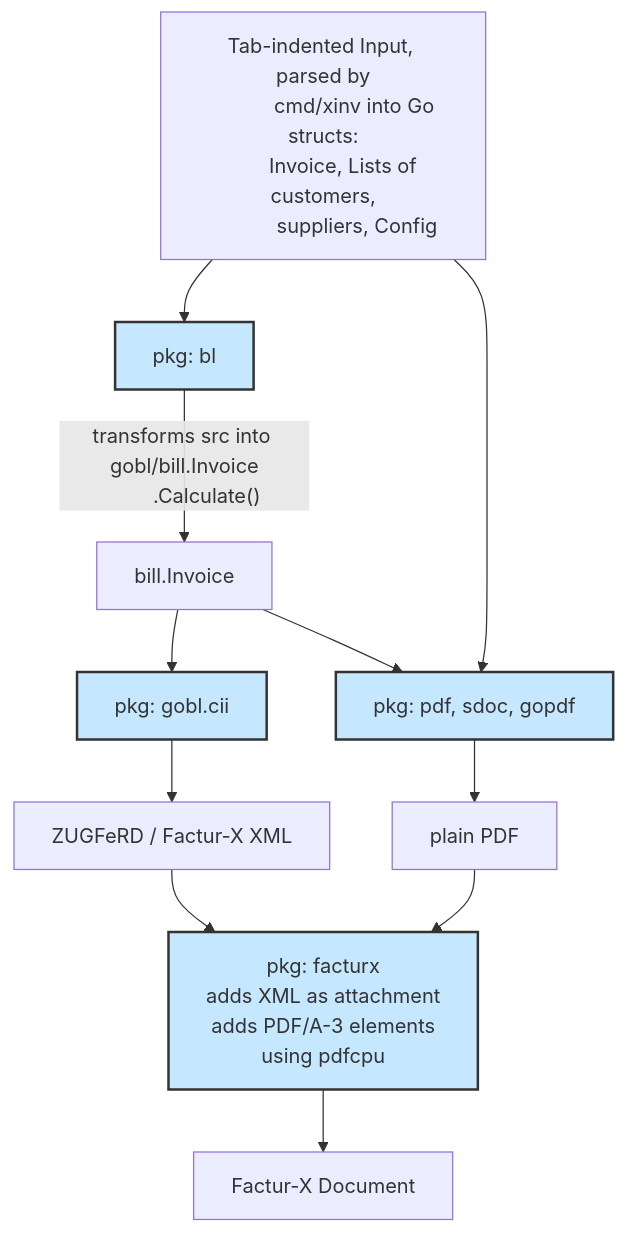
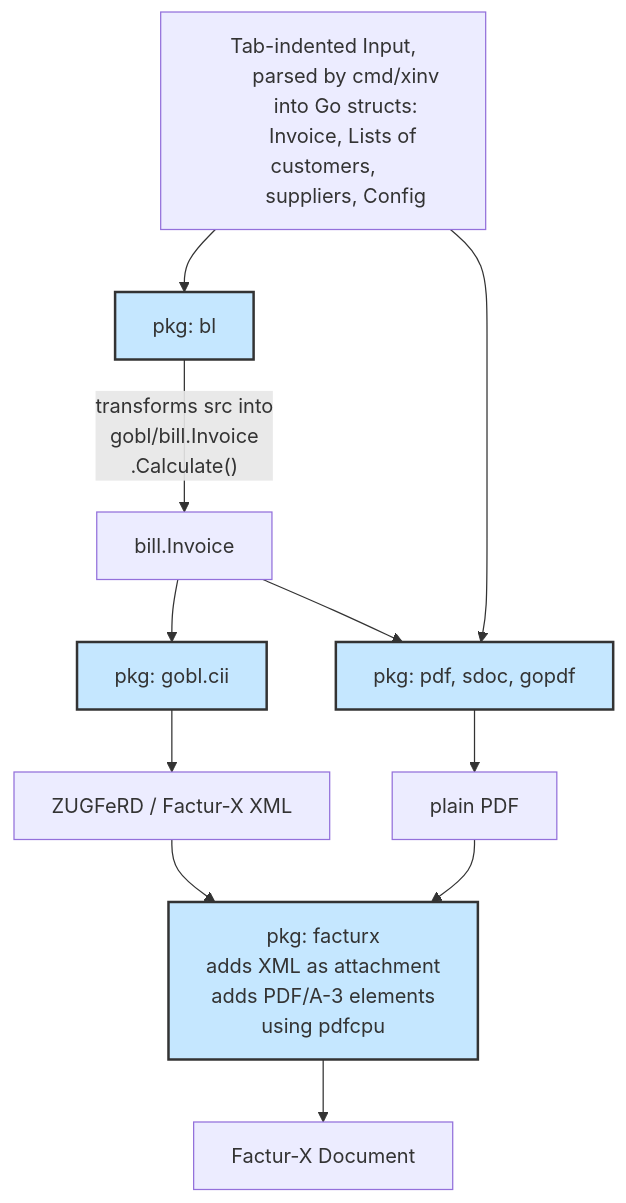
The diagram in README.md (knieriem/xinv), drawn with Mermaid before and after one commit.

Commit message:
README: adjust mermaid fmt

````diff
--- a/README.md
+++ b/README.md
@@ -41,35 +41,37 @@
 ```mermaid
 graph TD
-    Data[Tab-indented Input, parsed by
-	    cmd/xinv into Go structs:
-        Invoice, Lists of customers,
-	    suppliers, Config
+	Data["`Tab-indented Input,
+	parsed by cmd/xinv
+	into Go structs:
+	Invoice, Lists of customers,
+	suppliers, Config`"
 	] --> BL[pkg: bl]
     
-    BL -->|"transforms src into gobl/bill.Invoice
-	.Calculate()"| BI[bill.Invoice]
+	BL -->|"`transforms src into
+	gobl/bill.Invoice
+	.Calculate()`"| BI[bill.Invoice]
 	
 	BI --> GC[pkg: gobl.cii]
   
-    GC --> XML[ZUGFeRD / Factur-X XML]
+	GC --> XML[ZUGFeRD / Factur-X XML]
     
-    BI --> PDF[pkg: pdf, sdoc, gopdf]
+	BI --> PDF[pkg: pdf, sdoc, gopdf]
 
 	Data --> PDF
 
-    PDF --> RawPDF[plain PDF]
+	PDF --> RawPDF[plain PDF]
 
-    XML --> FX[pkg: facturx
-	    adds XML as attachment
-	    adds PDF/A-3 elements
-	    using pdfcpu
+	XML --> FX["`pkg: facturx
+	adds XML as attachment
+	adds PDF/A-3 elements
+	using pdfcpu`"
 	]
-    RawPDF --> FX
+	RawPDF --> FX
     
-    FX --> Final[Factur-X Document]
+	FX --> Final[Factur-X Document]
 
-    style GC fill:#C5E7FF,stroke:#333,stroke-width:2px
-    style BL fill:#C5E7FF,stroke:#333,stroke-width:2px
-    style FX fill:#C5E7FF,stroke:#333,stroke-width:2px
-    style PDF fill:#C5E7FF,stroke:#333,stroke-width:2px
+	style GC fill:#C5E7FF,stroke:#333,stroke-width:2px
+	style BL fill:#C5E7FF,stroke:#333,stroke-width:2px
+	style FX fill:#C5E7FF,stroke:#333,stroke-width:2px
+	style PDF fill:#C5E7FF,stroke:#333,stroke-width:2px
 ```
````
